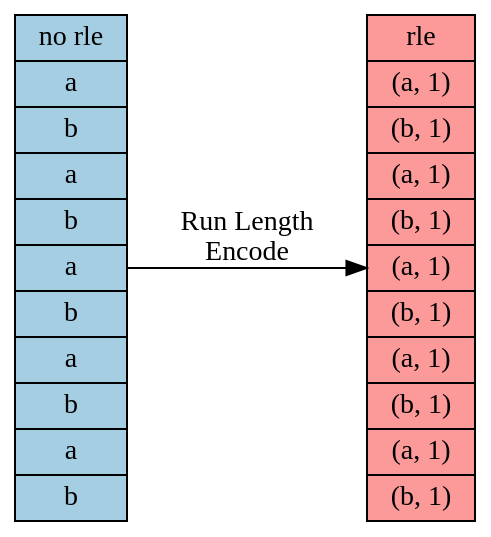
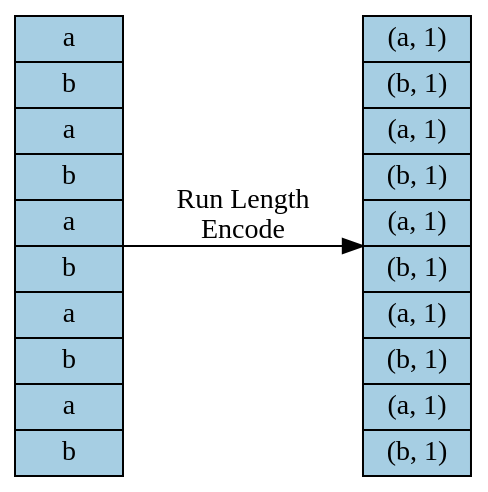
The second of 5 diagrams in wills-columnar-format.org (wmedrano/wills-columnar-format), drawn with Graphviz before and after one commit. The commit also changed other lines of this file and 5 other files, not shown here.

```diff
--- a/wills-columnar-format.org
+++ b/wills-columnar-format.org
@@ -249,10 +286,10 @@
 #+begin_src dot :file rle-bad-example.png :exports results :cache yes
   digraph RleBadExample {
       bgcolor="transparent";
       node[colorscheme=paired10, fillcolor=1, color=black, style=filled, shape=record, fontname="fira code"];
       rankdir=LR;
-      norle[label="no rle|a|b|a|b|a|b|a|b|a|b"];
-      rle[label="rle|(a, 1)|(b, 1)|(a, 1)|(b, 1)|(a, 1)|(b, 1)|(a, 1)|(b, 1)|(a, 1)|(b, 1)", fillcolor=5];
+      norle[label="a|b|a|b|a|b|a|b|a|b"];
+      rle[label="(a, 1)|(b, 1)|(a, 1)|(b, 1)|(a, 1)|(b, 1)|(a, 1)|(b, 1)|(a, 1)|(b, 1)"];
       norle -> rle[label="Run Length\nEncode"];
   }
 #+end_src
```
